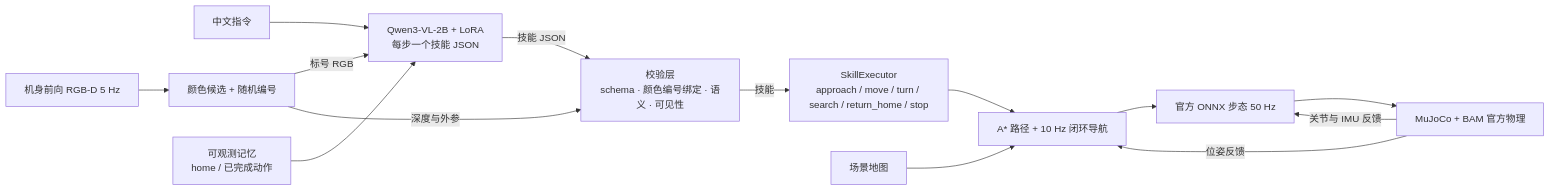
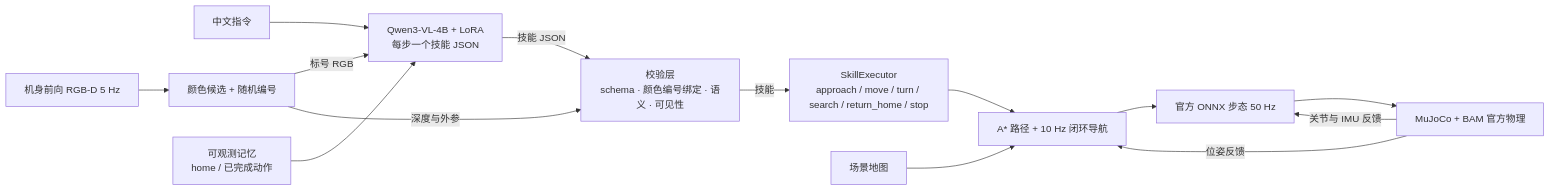
The first of 2 diagrams in README.md (atlasmarkz/microduck-qwen), drawn with Mermaid before and after one commit. The commit also changed other lines of this file and 17 other files, not shown here.

````diff
--- a/README.md
+++ b/README.md
@@ -22,16 +22,16 @@
 ```mermaid
 flowchart LR
-    U["中文指令"] --> V["Qwen3-VL-2B + LoRA<br/>每步一个技能 JSON"]
+    U["中文指令"] --> V["Qwen3-VL-4B + LoRA<br/>每步一个技能 JSON"]
     S["机身前向 RGB-D 5 Hz"] --> C["颜色候选 + 随机编号"]
     C -->|标号 RGB| V
     H["可观测记忆<br/>home / 已完成动作"] --> V
     V -->|技能 JSON| L["校验层<br/>schema · 颜色编号绑定 · 语义 · 可见性"]
     C -->|深度与外参| L
     L -->|技能| K["SkillExecutor<br/>approach / move / turn / search / return_home / stop"]
     K --> N["A* 路径 + 10 Hz 闭环导航"]
     A["场景地图"] --> N
     N --> G["官方 ONNX 步态 50 Hz"]
     G --> M["MuJoCo + BAM 官方物理"]
     M -->|位姿反馈| N
     M -->|关节与 IMU 反馈| G
 ```
````
